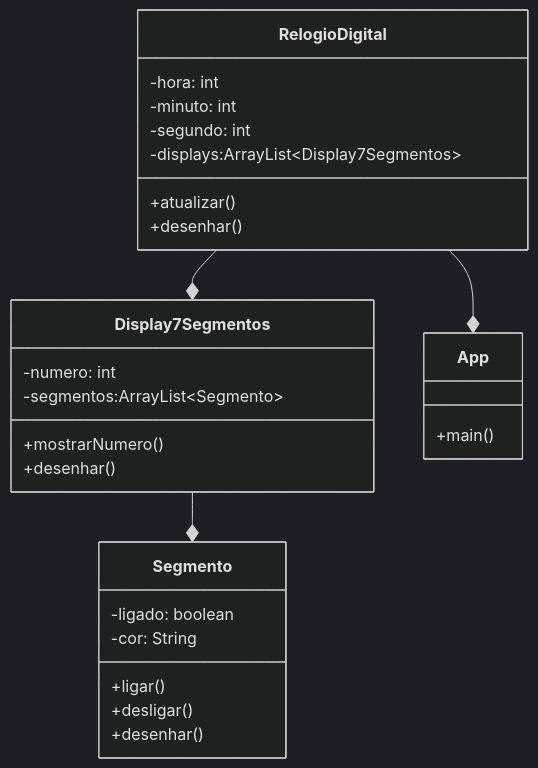
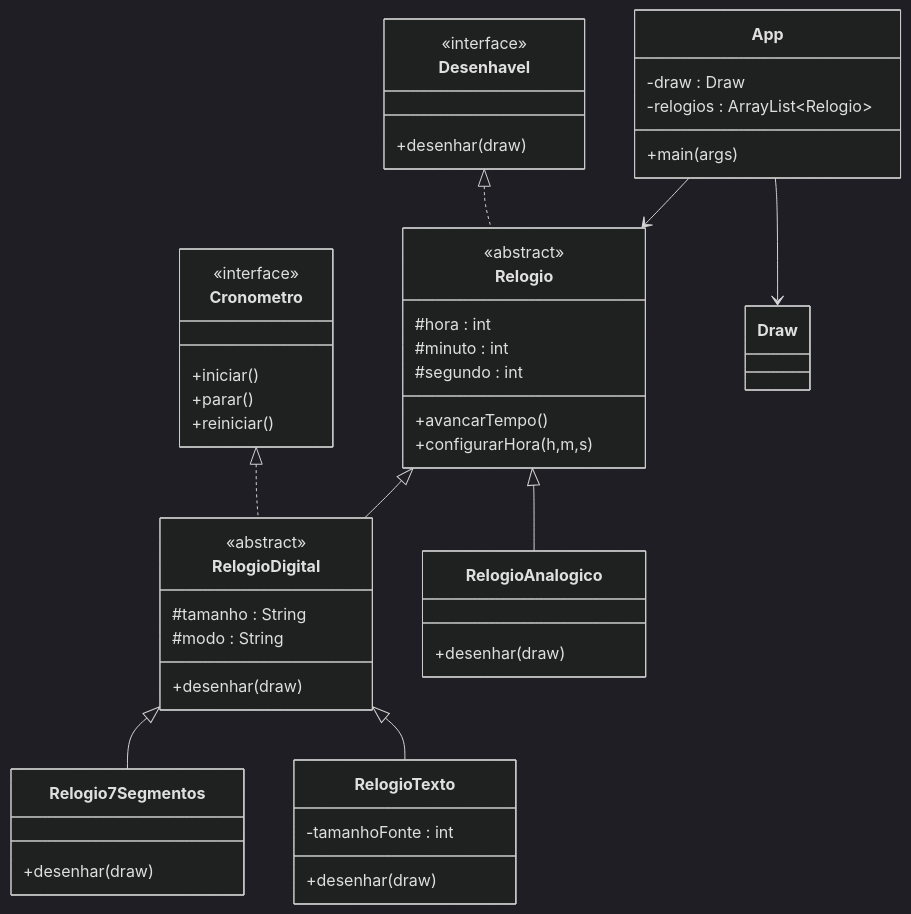
One commit to thaliab13-web/POO changed the diagram in Heranca/src/main/java/ads/poo/projetorelogio/README.md. Above: the diagram before and after it, drawn with Mermaid (dark theme). The commit also changed 24 other files, not shown here.

`````diff
--- a/Heranca/src/main/java/ads/poo/projetorelogio/README.md
+++ b/Heranca/src/main/java/ads/poo/projetorelogio/README.md
@@ -1,33 +1,64 @@
 ````mermaid
 classDiagram
-    class Display7Segmentos {
-        -numero: int
-        -segmentos:ArrayList~Segmento~
-        +mostrarNumero()
-        +desenhar()
-        
-    }
-    class RelogioDigital {
-        -hora: int
-        -minuto: int
-        -segundo: int
-        -displays:ArrayList~Display7Segmentos~
-        +atualizar()
-        +desenhar()
-    }
-    class Segmento {
-        -ligado: boolean
-        -cor: String
-        +ligar()
-        +desligar()
-        +desenhar()
-        
-    }
-    class App {
-        +main()
-        
-    }
-    RelogioDigital --* Display7Segmentos
-    Display7Segmentos --* Segmento
-    RelogioDigital --* App
+    direction TB
+
+
+    class Desenhavel {
+<<interface>>
++desenhar(draw)
+}
+
+class Cronometro {
+<<interface>>
++iniciar()
++parar()
++reiniciar()
+}
+
+class Relogio {
+<<abstract>>
+#hora : int
+#minuto : int
+#segundo : int
++avancarTempo()
++configurarHora(h,m,s)
+}
+
+class RelogioDigital {
+<<abstract>>
+#tamanho : String
+#modo : String
++desenhar(draw)
+}
+
+class Relogio7Segmentos {
++desenhar(draw)
+}
+
+class RelogioTexto {
+-tamanhoFonte : int
++desenhar(draw)
+}
+
+class RelogioAnalogico {
++desenhar(draw)
+}
+
+class App {
+-draw : Draw
+-relogios : ArrayList~Relogio~
++main(args)
+}
+
+Relogio <|-- RelogioDigital
+Relogio <|-- RelogioAnalogico
+
+RelogioDigital <|-- Relogio7Segmentos
+RelogioDigital <|-- RelogioTexto
+
+Desenhavel <|.. Relogio
+Cronometro <|.. RelogioDigital
+
+App --> Relogio 
+App --> Draw
 ````
`````
